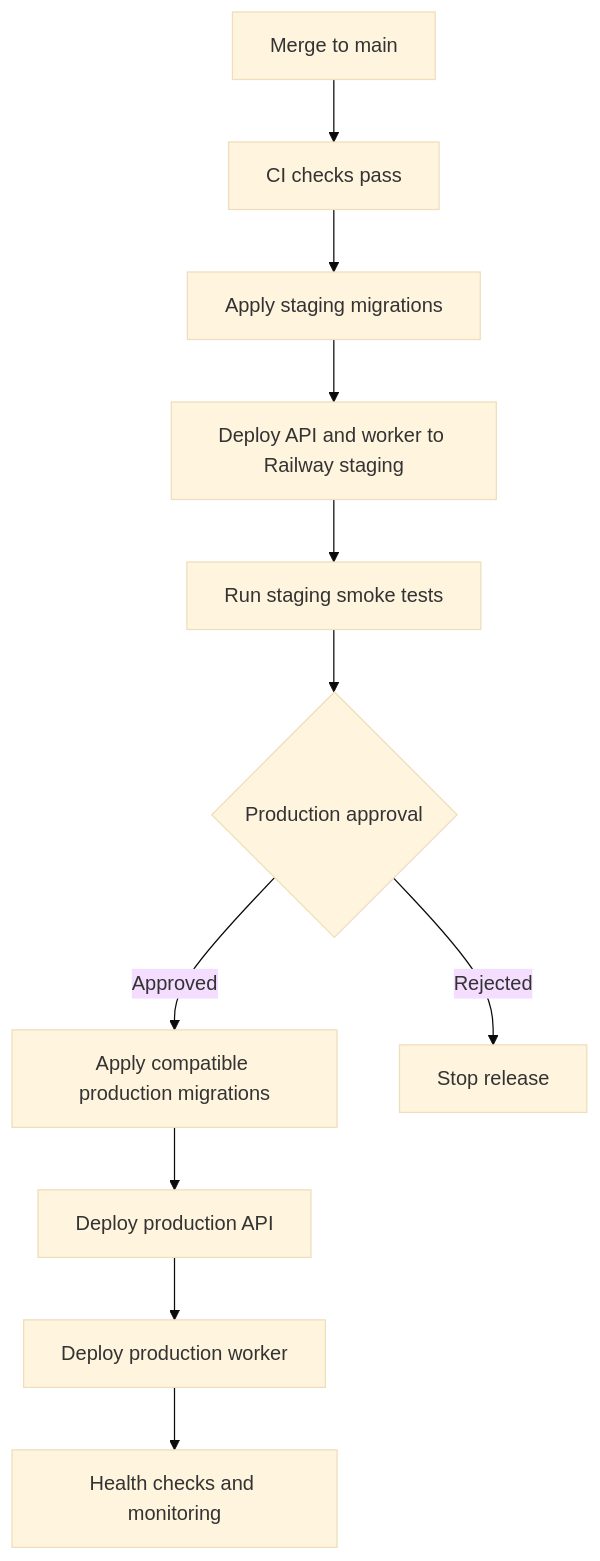
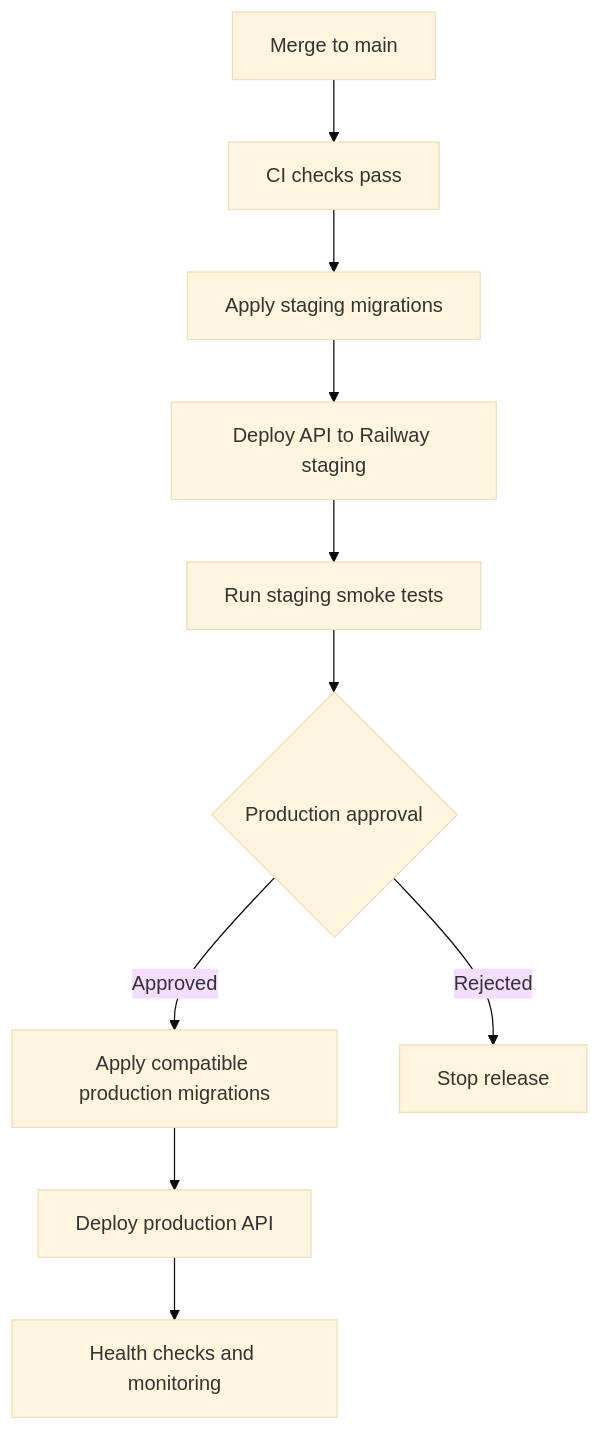
Before and after one commit to ayushs206/owasp-quiz-be: the third of 3 diagrams in docs/engineering.md, drawn with Mermaid (base theme). The commit also changed other lines of this file and 4 other files, not shown here.

Commit message:
docs: simplify v1 architecture

````diff
--- a/docs/engineering.md
+++ b/docs/engineering.md
@@ -281,13 +277,12 @@
 ```mermaid
 flowchart TD
     MERGE[Merge to main] --> CI[CI checks pass]
     CI --> MIGRATE_STAGE[Apply staging migrations]
-    MIGRATE_STAGE --> DEPLOY_STAGE[Deploy API and worker to Railway staging]
+    MIGRATE_STAGE --> DEPLOY_STAGE[Deploy API to Railway staging]
     DEPLOY_STAGE --> SMOKE[Run staging smoke tests]
     SMOKE --> APPROVAL{Production approval}
     APPROVAL -->|Approved| MIGRATE_PROD[Apply compatible production migrations]
     MIGRATE_PROD --> DEPLOY_API[Deploy production API]
-    DEPLOY_API --> DEPLOY_WORKER[Deploy production worker]
-    DEPLOY_WORKER --> VERIFY[Health checks and monitoring]
+    DEPLOY_API --> VERIFY[Health checks and monitoring]
     APPROVAL -->|Rejected| STOP[Stop release]
 ```
````
